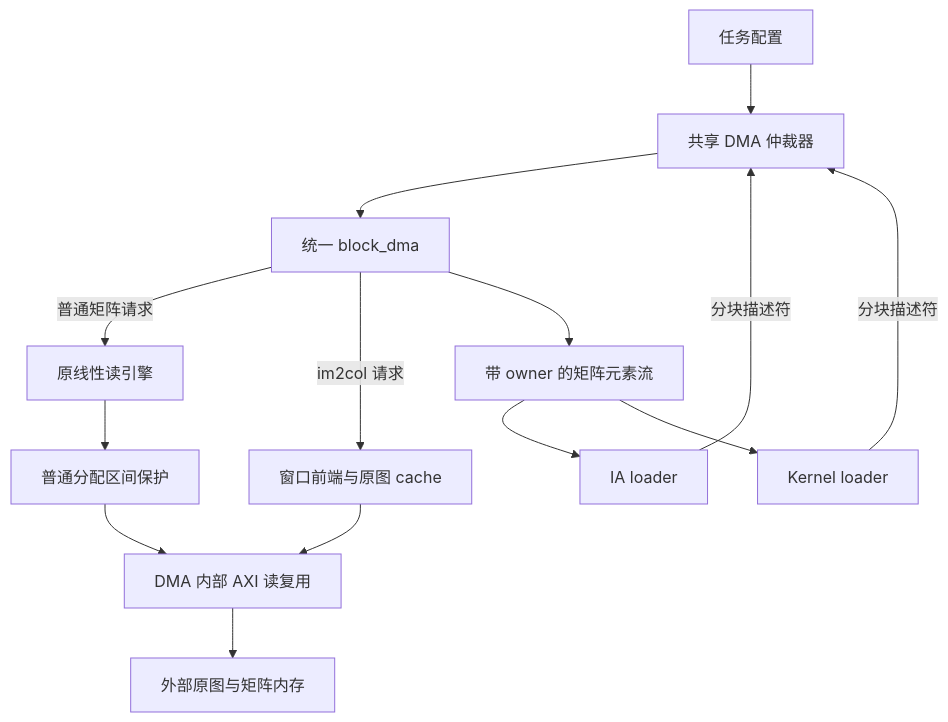
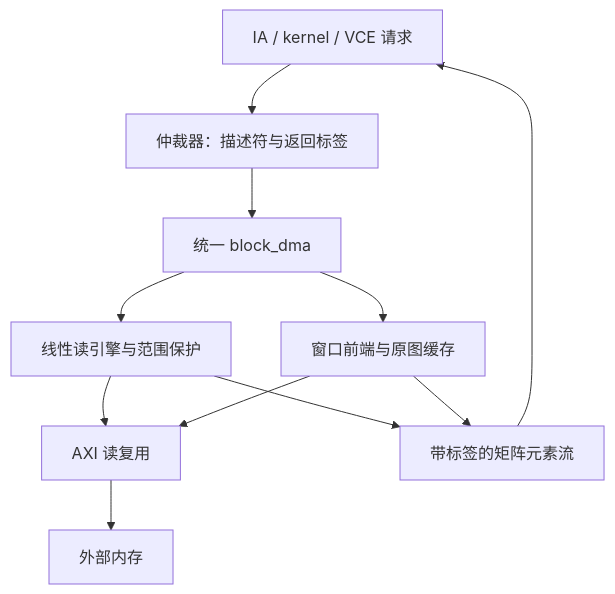
The diagram in docs/block_dma_im2col.md (Little-W/mini_tflm_dsa), drawn with Mermaid before and after one commit. The commit also changed other lines of this file and 58 other files, not shown here.

````diff
--- a/docs/block_dma_im2col.md
+++ b/docs/block_dma_im2col.md
@@ -37,16 +25,13 @@
 ```mermaid
 flowchart TD
-    J[任务配置] --> A[共享 DMA 仲裁器]
-    I[IA loader] -->|分块描述符| A
-    K[Kernel loader] -->|分块描述符| A
-    A --> D[统一 block_dma]
-    D -->|普通矩阵请求| L[原线性读引擎]
-    D -->|im2col 请求| F[窗口前端与原图 cache]
-    L --> G[普通分配区间保护]
-    G --> M[DMA 内部 AXI 读复用]
+    L["IA / kernel / VCE 请求"] --> A["仲裁器：描述符与返回标签"]
+    A --> D["统一 block_dma"]
+    D --> R["线性读引擎与范围保护"]
+    D --> F["窗口前端与原图缓存"]
+    R --> M["AXI 读复用"]
     F --> M
-    M --> E[外部原图与矩阵内存]
-    D --> R[带 owner 的矩阵元素流]
-    R --> I
-    R --> K
+    M --> E["外部内存"]
+    R --> O["带标签的矩阵元素流"]
+    F --> O
+    O --> L
 ```
````
